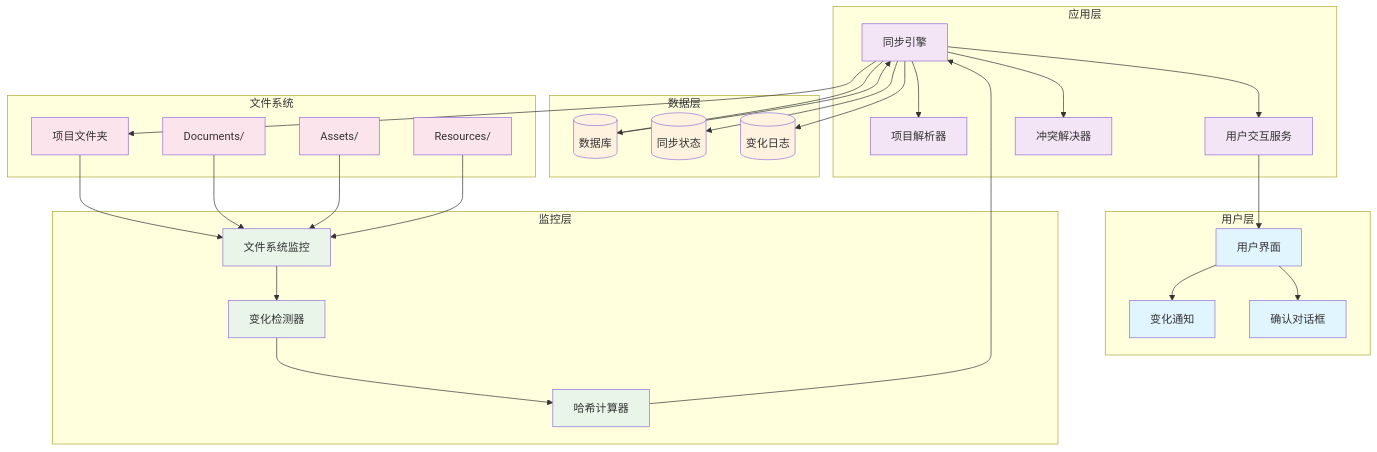
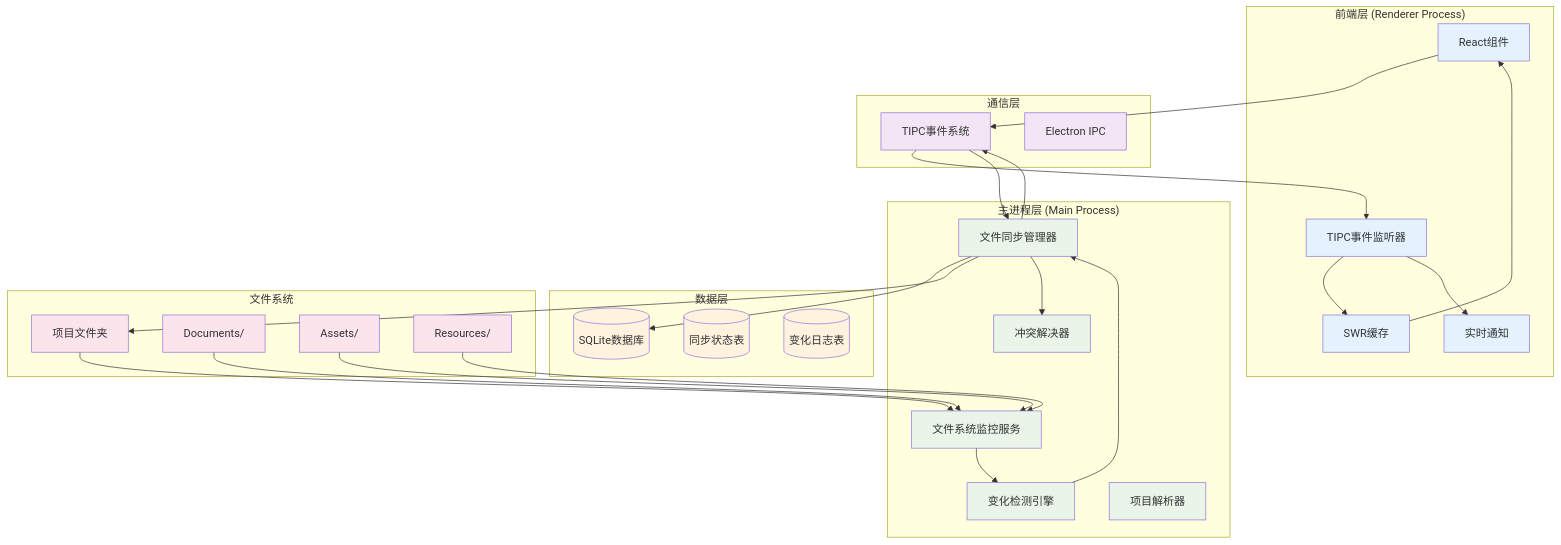
The first of 2 diagrams in RFCs/RFC-001-Intelligent-File-Management-and-Bidirectional-Sync.md (wibus-wee/ClarityFile), drawn with Mermaid before and after one commit. The commit also changed other lines of this file, not shown here.

Commit message:
docs(RFC): use TIPC event structure to improve the system archtechure

````diff
--- a/RFCs/RFC-001-Intelligent-File-Management-and-Bidirectional-Sync.md
+++ b/RFCs/RFC-001-Intelligent-File-Management-and-Bidirectional-Sync.md
@@ -96,73 +102,71 @@
 ```mermaid
 graph TB
-    subgraph "用户层"
-        UI[用户界面]
-        Notification[变化通知]
-        Confirmation[确认对话框]
+    subgraph "前端层 (Renderer Process)"
+        UI[React组件]
+        SWR[SWR缓存]
+        EventListener[TIPC事件监听器]
+        Notification[实时通知]
     end
 
-    subgraph "应用层"
-        SyncEngine[同步引擎]
+    subgraph "通信层"
+        TIPC[TIPC事件系统]
+        IPC[Electron IPC]
+    end
+
+    subgraph "主进程层 (Main Process)"
+        SyncManager[文件同步管理器]
+        FSWatcher[文件系统监控服务]
+        ChangeDetector[变化检测引擎]
         ProjectParser[项目解析器]
-        UserInteraction[用户交互服务]
         ConflictResolver[冲突解决器]
     end
 
-    subgraph "监控层"
-        FSWatcher[文件系统监控]
-        ChangeDetector[变化检测器]
-        HashCalculator[哈希计算器]
-    end
-
     subgraph "数据层"
-        Database[(数据库)]
-        SyncStates[(同步状态)]
-        ChangeLogs[(变化日志)]
+        Database[(SQLite数据库)]
+        SyncStates[(同步状态表)]
+        ChangeLogs[(变化日志表)]
     end
 
     subgraph "文件系统"
         ProjectFolder[项目文件夹]
         Documents[Documents/]
         Assets[Assets/]
         Resources[Resources/]
     end
 
-    %% 数据流
+    %% 事件驱动数据流
     ProjectFolder --> FSWatcher
     Documents --> FSWatcher
     Assets --> FSWatcher
     Resources --> FSWatcher
 
     FSWatcher --> ChangeDetector
-    ChangeDetector --> HashCalculator
-    HashCalculator --> SyncEngine
+    ChangeDetector --> SyncManager
+    SyncManager --> Database
+    SyncManager --> TIPC
 
-    SyncEngine --> ProjectParser
-    SyncEngine --> ConflictResolver
-    SyncEngine --> UserInteraction
+    %% 实时事件推送
+    TIPC --> EventListener
+    EventListener --> SWR
+    SWR --> UI
+    EventListener --> Notification
 
-    UserInteraction --> UI
-    UI --> Notification
-    UI --> Confirmation
-
-    SyncEngine --> Database
-    SyncEngine --> SyncStates
-    SyncEngine --> ChangeLogs
-
-    %% 反向同步
-    Database --> SyncEngine
-    SyncEngine --> ProjectFolder
+    %% 用户操作反向流
+    UI --> TIPC
+    TIPC --> SyncManager
+    SyncManager --> ProjectFolder
+    SyncManager --> ConflictResolver
 
     %% 样式
-    classDef userLayer fill:#e1f5fe
-    classDef appLayer fill:#f3e5f5
-    classDef monitorLayer fill:#e8f5e8
+    classDef frontendLayer fill:#e3f2fd
+    classDef commLayer fill:#f3e5f5
+    classDef mainLayer fill:#e8f5e8
     classDef dataLayer fill:#fff3e0
     classDef fileSystem fill:#fce4ec
 
-    class UI,Notification,Confirmation userLayer
-    class SyncEngine,ProjectParser,UserInteraction,ConflictResolver appLayer
-    class FSWatcher,ChangeDetector,HashCalculator monitorLayer
+    class UI,SWR,EventListener,Notification frontendLayer
+    class TIPC,IPC commLayer
+    class SyncManager,FSWatcher,ChangeDetector,ProjectParser,ConflictResolver mainLayer
     class Database,SyncStates,ChangeLogs dataLayer
     class ProjectFolder,Documents,Assets,Resources fileSystem
 ```
````
